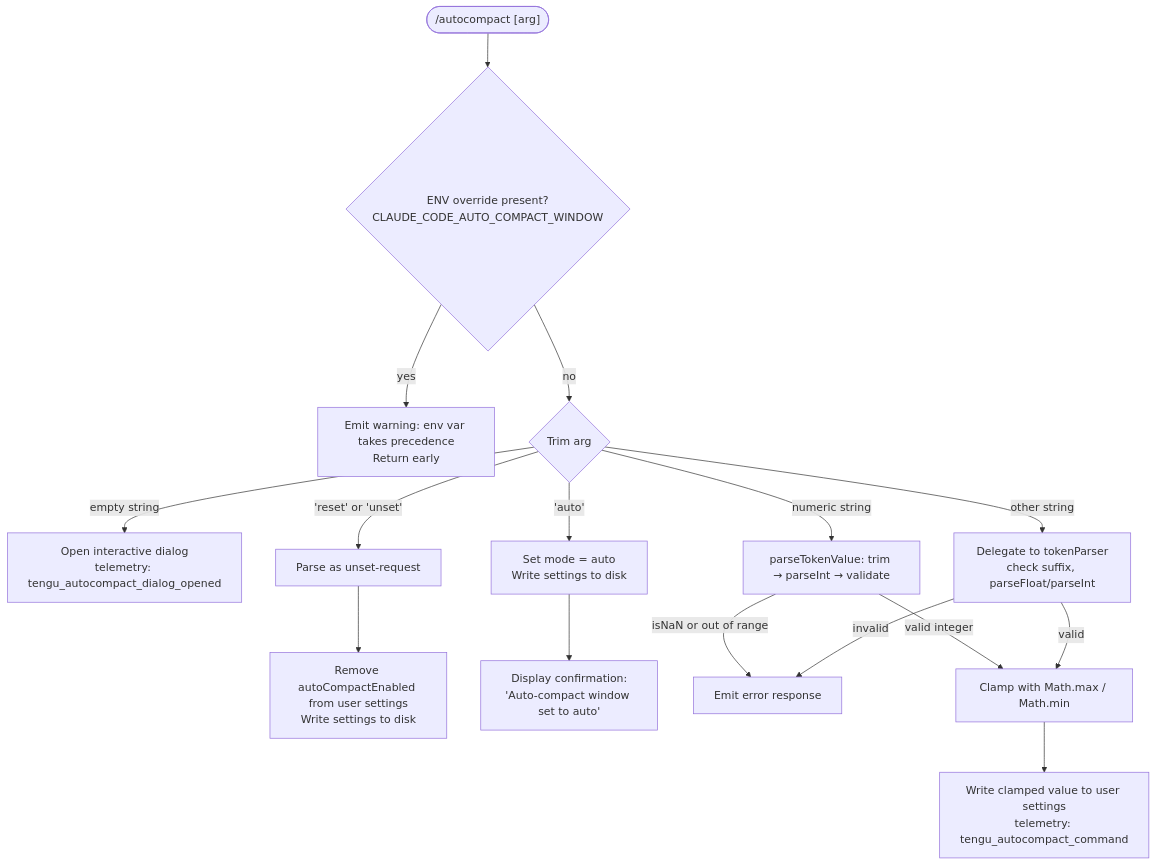
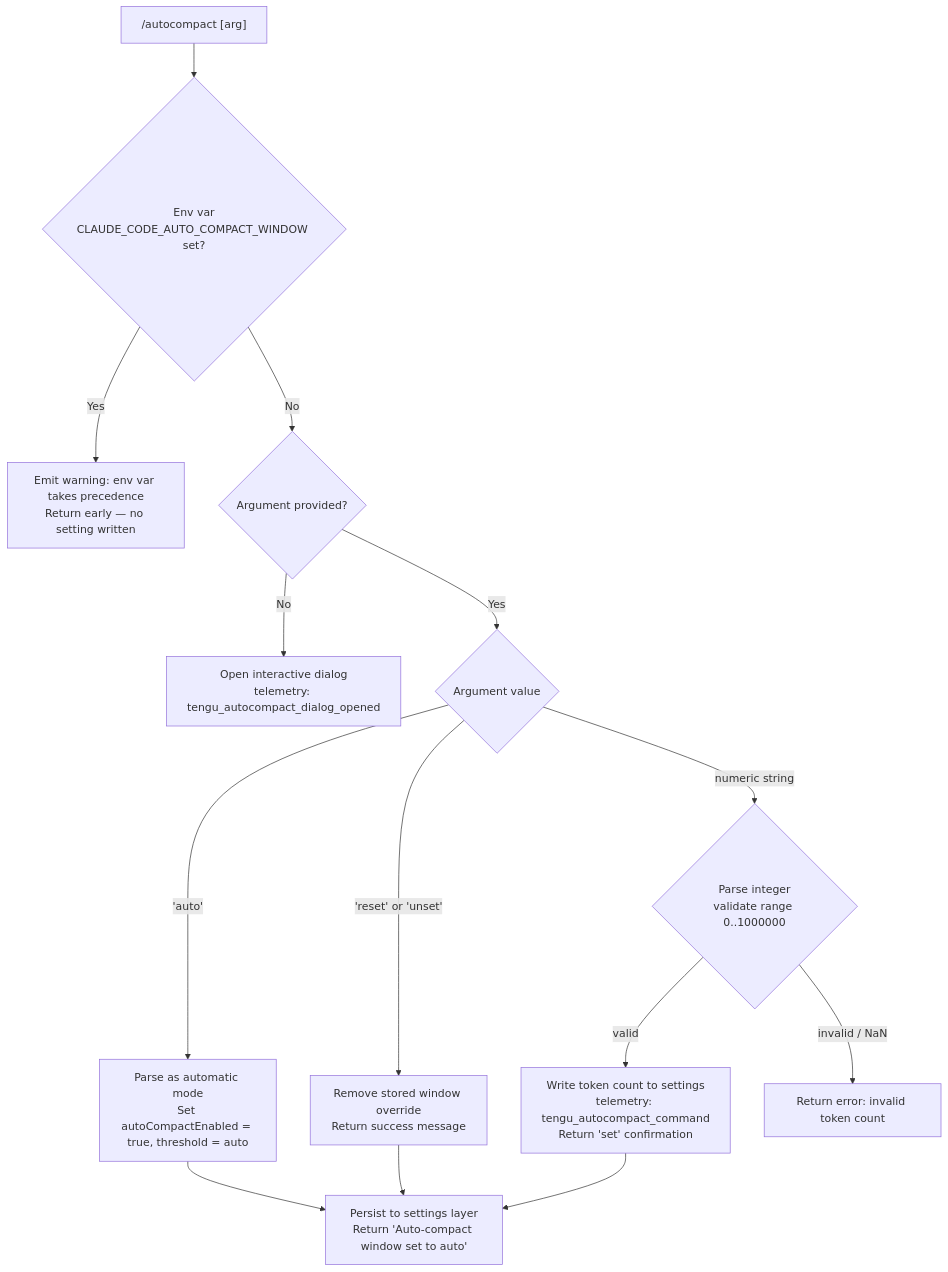
The diagram in versions/v2.1.143/autocompact.md (MyLittleLuckyDog/cc-gnothi), drawn with Mermaid before and after one commit. The commit also changed other lines of this file and 483 other files, not shown here.

````diff
--- a/versions/v2.1.143/autocompact.md
+++ b/versions/v2.1.143/autocompact.md
@@ -47,18 +57,16 @@
 ```mermaid
 flowchart TD
-    A(["/autocompact [arg]"]) --> B{ENV override present?\nCLAUDE_CODE_AUTO_COMPACT_WINDOW}
-    B -- yes --> C[Emit warning: env var takes precedence\nReturn early]
-    B -- no --> D{Trim arg}
-    D -- empty string --> E[Open interactive dialog\ntelemetry: tengu_autocompact_dialog_opened]
-    D -- 'reset' or 'unset' --> F[Parse as unset-request]
-    F --> G[Remove autoCompactEnabled from user settings\nWrite settings to disk]
-    D -- 'auto' --> H[Set mode = auto\nWrite settings to disk]
-    H --> I[Display confirmation:\n'Auto-compact window set to auto']
-    D -- numeric string --> J[parseTokenValue: trim → parseInt → validate]
-    J -- isNaN or out of range --> K[Emit error response]
-    J -- valid integer --> L[Clamp with Math.max / Math.min]
-    L --> M[Write clamped value to user settings\ntelemetry: tengu_autocompact_command]
-    D -- other string --> N[Delegate to tokenParser\ncheck suffix, parseFloat/parseInt]
-    N -- invalid --> K
-    N -- valid --> L
+    A["/autocompact [arg]"] --> B{Env var\nCLAUDE_CODE_AUTO_COMPACT_WINDOW set?}
+    B -- Yes --> C[Emit warning: env var takes precedence\nReturn early — no setting written]
+    B -- No --> D{Argument provided?}
+    D -- No --> E[Open interactive dialog\ntelemetry: tengu_autocompact_dialog_opened]
+    D -- Yes --> F{Argument value}
+    F -- 'auto' --> G[Parse as automatic mode\nSet autoCompactEnabled = true, threshold = auto]
+    F -- 'reset' or 'unset' --> H[Remove stored window override\nReturn success message]
+    F -- numeric string --> I{Parse integer\nvalidate range 0..1000000}
+    I -- valid --> J[Write token count to settings\ntelemetry: tengu_autocompact_command\nReturn 'set' confirmation]
+    I -- invalid / NaN --> K[Return error: invalid token count]
+    G --> L[Persist to settings layer\nReturn 'Auto-compact window set to auto']
+    J --> L
+    H --> L
 ```
````
